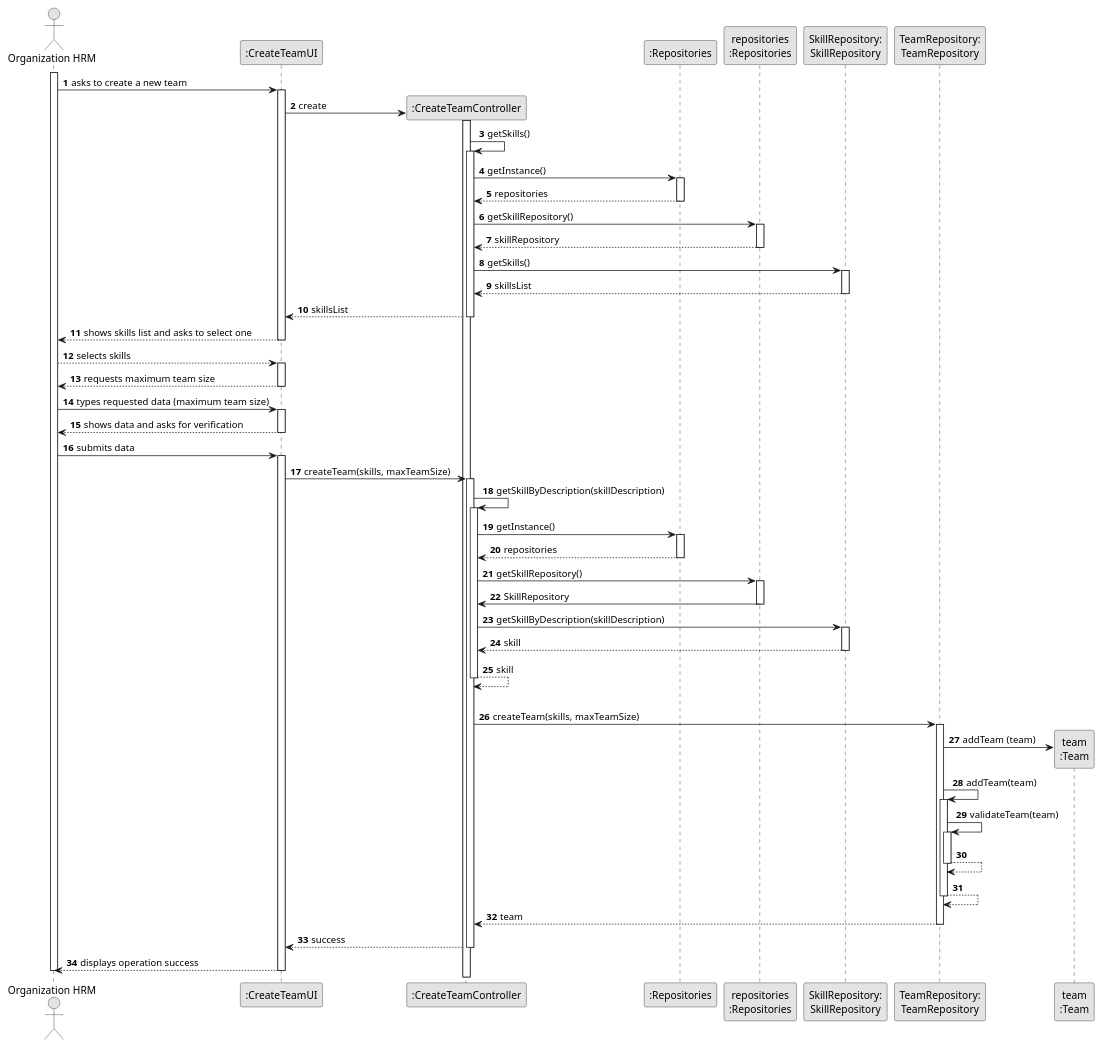
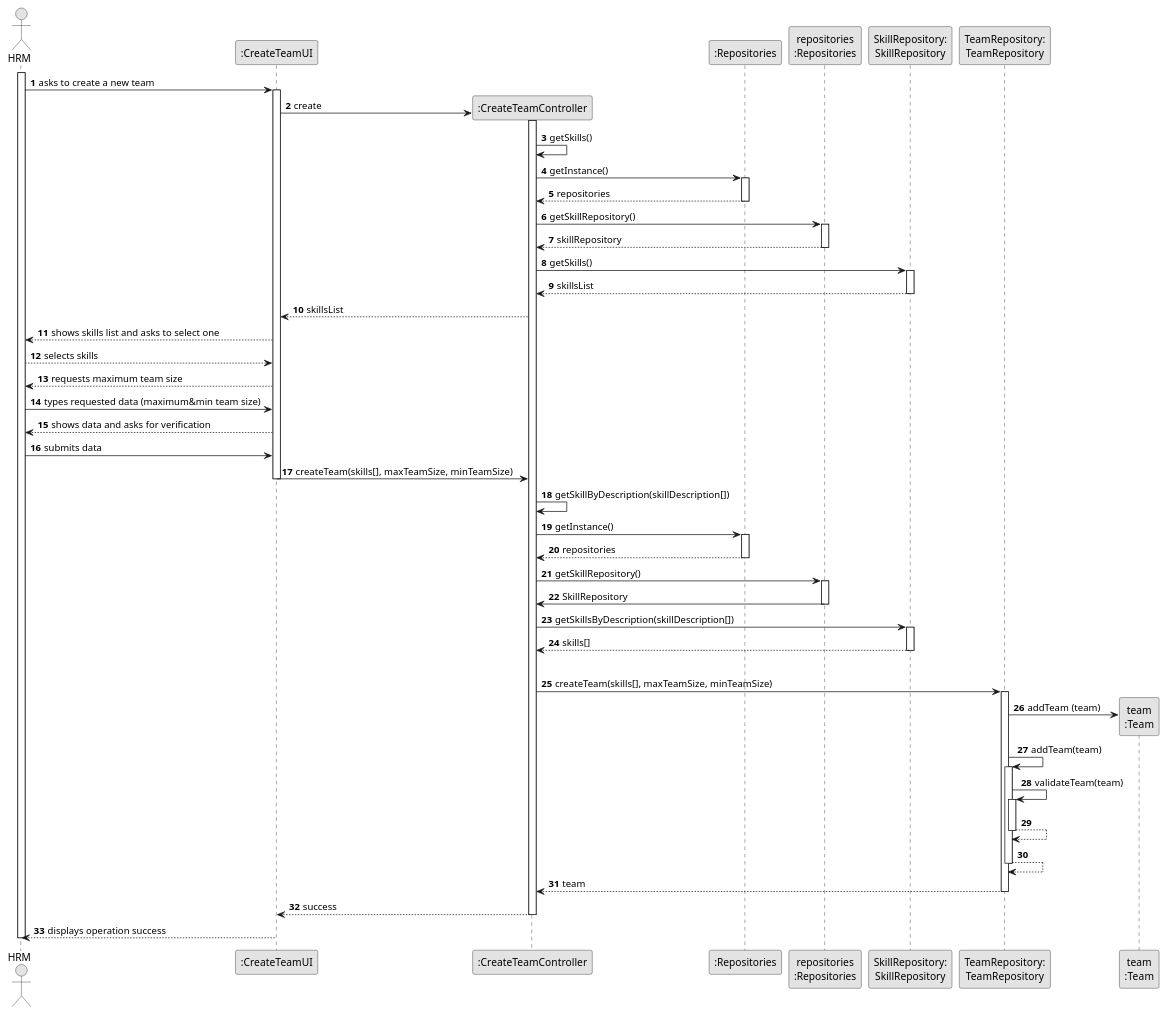
Before and after one commit to ricardomm7/leaflink: the diagram in docs/sprintB/us005/03.design/puml/us005-sequence-diagram-full.puml, drawn with PlantUML. The commit also changed 70 other files, not shown here.

```diff
--- a/docs/sprintB/us005/03.design/puml/us005-sequence-diagram-full.puml
+++ b/docs/sprintB/us005/03.design/puml/us005-sequence-diagram-full.puml
@@ -1,122 +1,112 @@
 @startuml
 skinparam monochrome true
 skinparam packageStyle rectangle
 skinparam shadowing false
 
 autonumber
 
 'hide footbox
-actor "Organization HRM" as ADM
+actor "HRM" as ADM
 participant ":CreateTeamUI" as UI
 participant ":CreateTeamController" as CTRL
 participant ":Repositories" as RepositorySingleton
 participant "repositories\n:Repositories" as PLAT
 participant "SkillRepository:\nSkillRepository" as SkillRepository
 participant "TeamRepository:\nTeamRepository" as TeamRepository
 participant "team\n:Team" as Team
 
 activate ADM
 
     ADM -> UI : asks to create a new team
     activate UI
 
                 UI -> CTRL** : create
 
                 activate CTRL
 
                     CTRL -> CTRL : getSkills()
-                    activate CTRL
 
                     CTRL -> RepositorySingleton : getInstance()
                     activate RepositorySingleton
 
                         RepositorySingleton --> CTRL: repositories
                     deactivate RepositorySingleton
 
                     CTRL -> PLAT : getSkillRepository()
                     activate PLAT
 
                         PLAT --> CTRL: skillRepository
                     deactivate PLAT
 
                     CTRL -> SkillRepository : getSkills()
                     activate SkillRepository
 
                         SkillRepository --> CTRL : skillsList
                     deactivate SkillRepository
 
                     CTRL --> UI : skillsList
-                deactivate CTRL
 
                 UI --> ADM : shows skills list and asks to select one
-            deactivate UI
 
         ADM --> UI : selects skills
-        activate UI
 
         UI --> ADM : requests maximum team size
-    deactivate UI
 
-    ADM -> UI : types requested data (maximum team size)
-    activate UI
+    ADM -> UI : types requested data (maximum&min team size)
 
         UI --> ADM : shows data and asks for verification
-    deactivate UI
 
     ADM -> UI : submits data
-    activate UI
 
-        UI -> CTRL : createTeam(skills, maxTeamSize)
-        activate CTRL
+        UI -> CTRL : createTeam(skills[], maxTeamSize, minTeamSize)
+        deactivate UI
 
-            CTRL -> CTRL : getSkillByDescription(skillDescription)
-            activate CTRL
+            CTRL -> CTRL : getSkillByDescription(skillDescription[])
 
                 CTRL -> RepositorySingleton : getInstance()
                 activate RepositorySingleton
 
                     RepositorySingleton --> CTRL: repositories
                 deactivate RepositorySingleton
 
                 CTRL -> PLAT : getSkillRepository()
                 activate PLAT
 
                     PLAT -> CTRL : SkillRepository
                 deactivate PLAT
 
-                CTRL -> SkillRepository : getSkillByDescription(skillDescription)
+                CTRL -> SkillRepository : getSkillsByDescription(skillDescription[])
                 activate SkillRepository
 
-                    SkillRepository --> CTRL : skill
+                    SkillRepository --> CTRL : skills[]
                 deactivate SkillRepository
-                    CTRL --> CTRL : skill
-            deactivate CTRL
+
 
 
             |||
-                CTRL -> TeamRepository: createTeam(skills, maxTeamSize)
+                CTRL -> TeamRepository: createTeam(skills[], maxTeamSize, minTeamSize)
                 activate TeamRepository
 
                 TeamRepository -> Team**: addTeam (team)
 
                     TeamRepository -> TeamRepository: addTeam(team)
                     activate TeamRepository
                         TeamRepository -> TeamRepository: validateTeam(team)
                         activate TeamRepository
                             TeamRepository --> TeamRepository
                             deactivate TeamRepository
 
                     TeamRepository --> TeamRepository
                 deactivate TeamRepository
 
             TeamRepository --> CTRL: team
             deactivate TeamRepository
 
             CTRL --> UI : success
             deactivate CTRL
             UI --> ADM: displays operation success
     deactivate UI
 
 deactivate ADM
 
 @enduml
```
